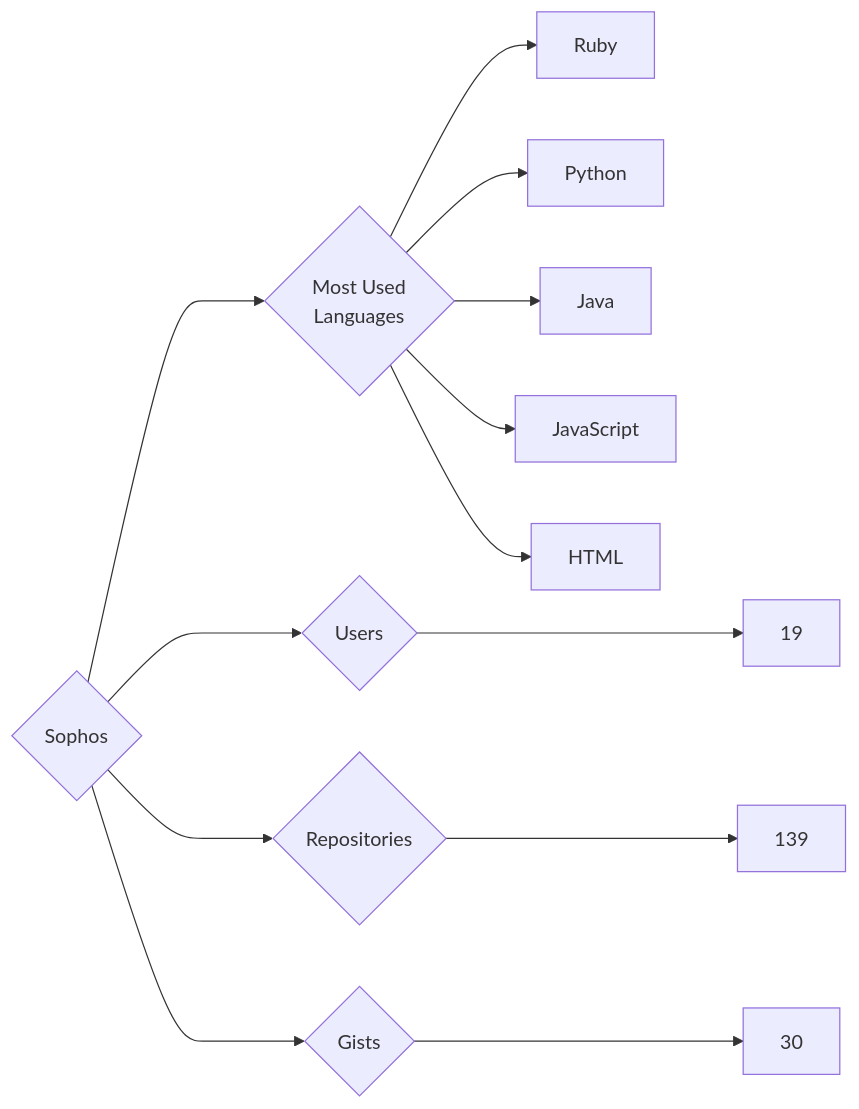
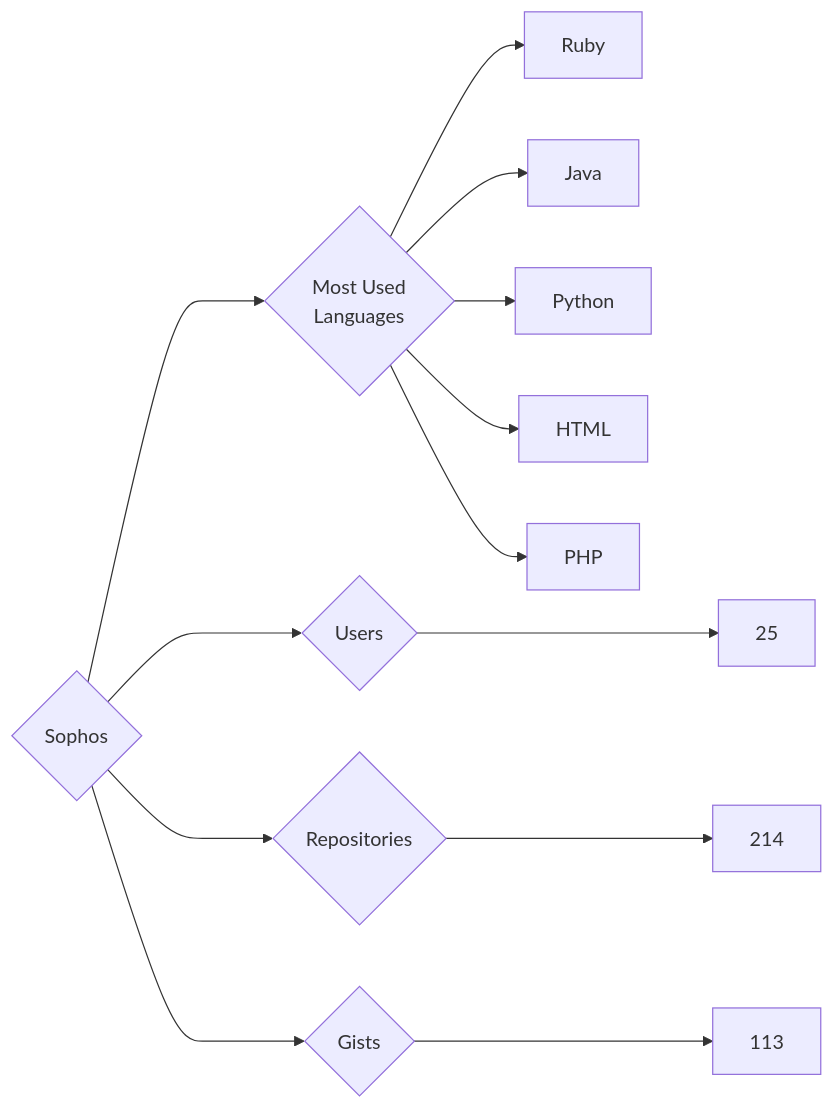
The diagram in targets/Sophos/README.md (trickest/insiders), drawn with Mermaid before and after one commit. The commit also changed 1011 other files, not shown here.

````diff
--- a/targets/Sophos/README.md
+++ b/targets/Sophos/README.md
@@ -3,13 +3,13 @@
 ```mermaid
 graph LR
 COMPANY_NAME{Sophos}
-COMPANY_NAME ---> U{Users} ---> UN[19]
-COMPANY_NAME ---> R{Repositories} ---> RN[139]
-COMPANY_NAME ---> G{Gists} ---> GN[30]
+COMPANY_NAME ---> U{Users} ---> UN[25]
+COMPANY_NAME ---> R{Repositories} ---> RN[214]
+COMPANY_NAME ---> G{Gists} ---> GN[113]
 COMPANY_NAME ---> ML{Most Used<br>Languages}
 ML --> Ruby[Ruby]
+ML --> Java[Java]
 ML --> Python[Python]
-ML --> Java[Java]
-ML --> JavaScript[JavaScript]
 ML --> HTML[HTML]
+ML --> PHP[PHP]
 ```
````
